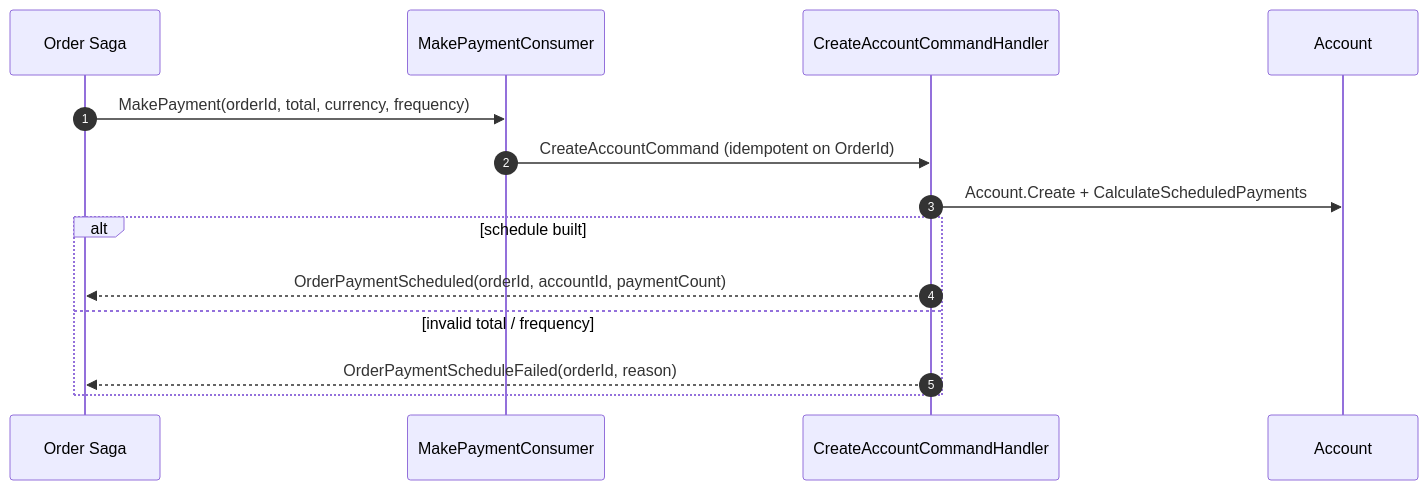
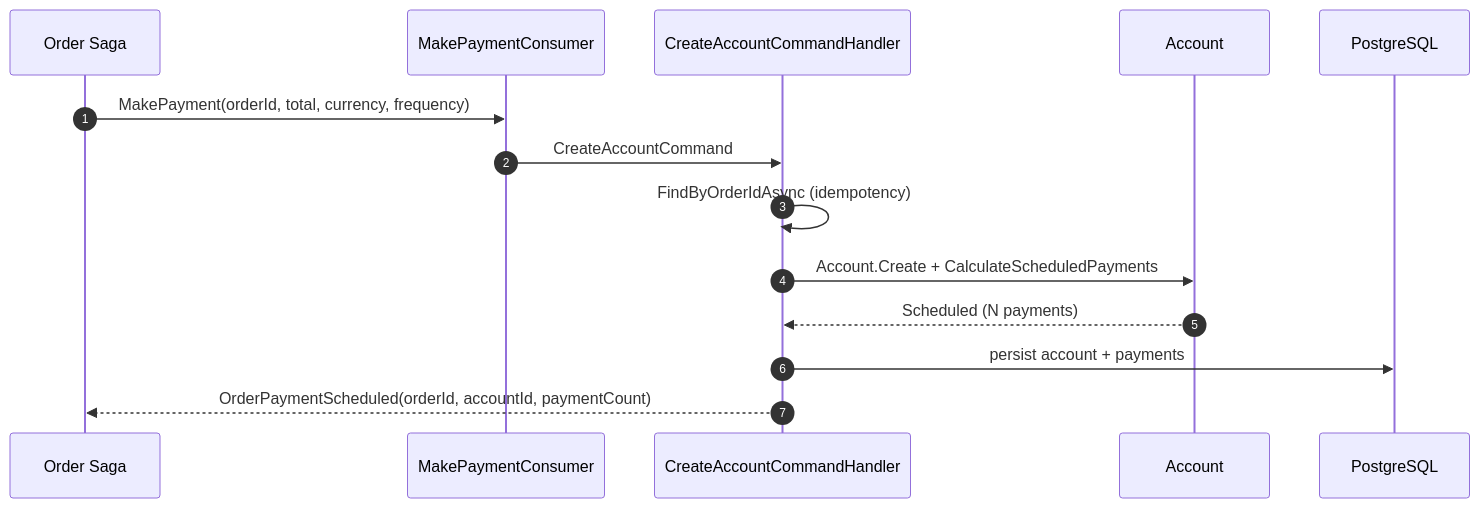
Before and after one commit to mnnam1302/EShop: diagram 12 of 13 in Finance/src/EShop.Finance.API/README.md, drawn with Mermaid. The commit also changed other lines of this file and 4 other files, not shown here.

````diff
--- a/Finance/src/EShop.Finance.API/README.md
+++ b/Finance/src/EShop.Finance.API/README.md
@@ -79,17 +364,17 @@
 ```mermaid
 sequenceDiagram
     autonumber
     participant ORD as Order Saga
     participant C as MakePaymentConsumer
     participant H as CreateAccountCommandHandler
     participant ACC as Account
+    participant DB as PostgreSQL
 
     ORD->>C: MakePayment(orderId, total, currency, frequency)
-    C->>H: CreateAccountCommand (idempotent on OrderId)
+    C->>H: CreateAccountCommand
+    H->>H: FindByOrderIdAsync (idempotency)
     H->>ACC: Account.Create + CalculateScheduledPayments
-    alt schedule built
-        H-->>ORD: OrderPaymentScheduled(orderId, accountId, paymentCount)
-    else invalid total / frequency
-        H-->>ORD: OrderPaymentScheduleFailed(orderId, reason)
-    end
+    ACC-->>H: Scheduled (N payments)
+    H->>DB: persist account + payments
+    H-->>ORD: OrderPaymentScheduled(orderId, accountId, paymentCount)
 ```
````
